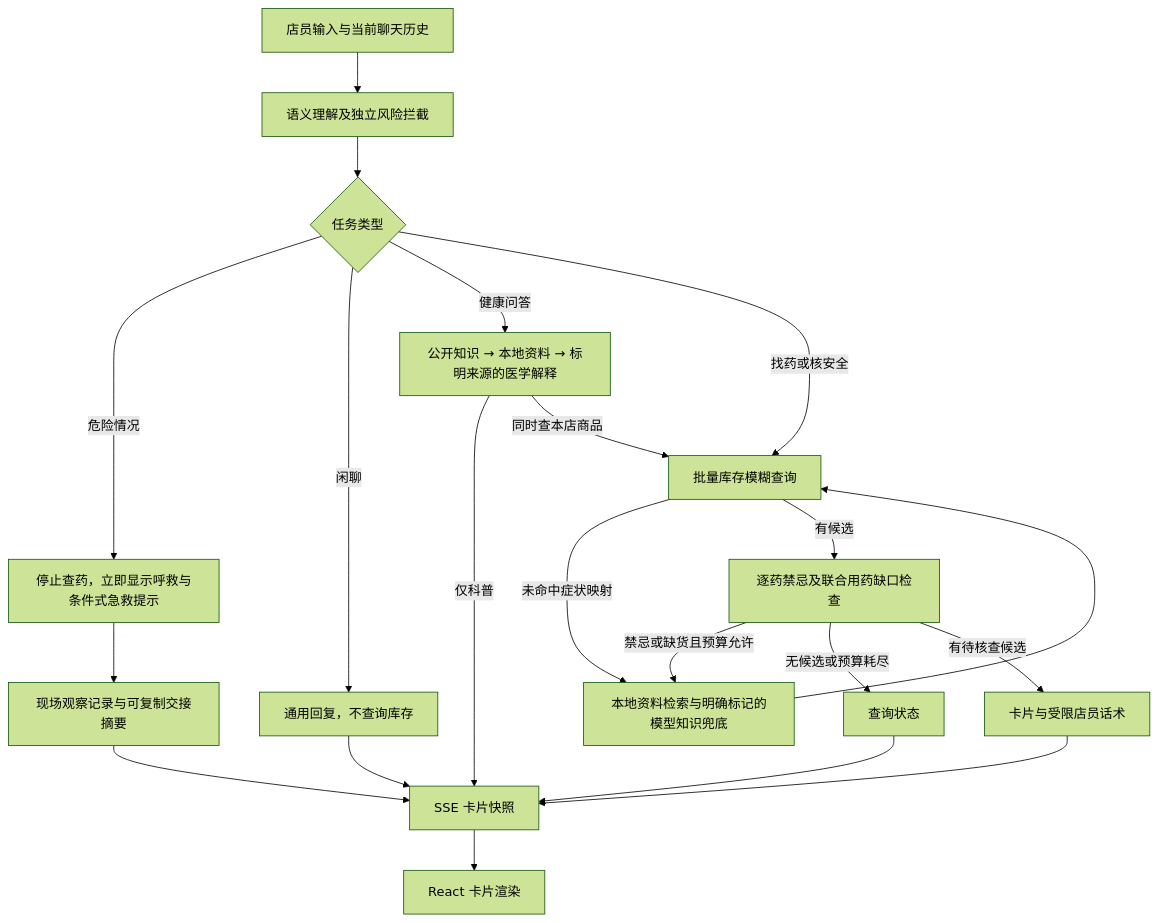
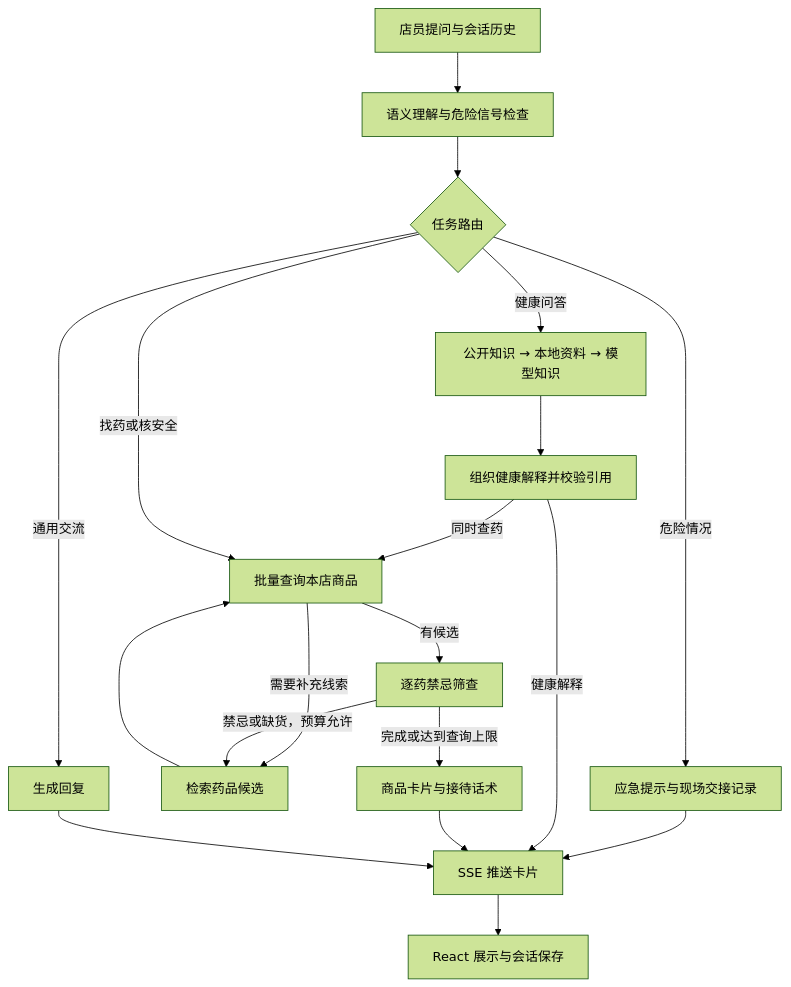
The diagram in README.md (Dengzi555/meditouch-agent), drawn with Mermaid (forest theme) before and after one commit. The commit also changed other lines of this file and 2 other files, not shown here.

````diff
--- a/README.md
+++ b/README.md
@@ -71,23 +64,21 @@
 ```mermaid
 flowchart TD
-    A[店员输入与当前聊天历史] --> B[语义理解及独立风险拦截]
-    B --> C{任务类型}
-    C -->|危险情况| D[停止查药，立即显示呼救与条件式急救提示]
-    C -->|闲聊| E[通用回复，不查询库存]
-    E --> K
-    C -->|健康问答| M[公开知识 → 本地资料 → 标明来源的医学解释]
-    M -->|仅科普| K[SSE 卡片快照]
-    M -->|同时查本店商品| F
-    C -->|找药或核安全| F[批量库存模糊查询]
-    F -->|未命中症状映射| G[本地资料检索与明确标记的模型知识兜底]
-    G --> F
-    F -->|有候选| H[逐药禁忌及联合用药缺口检查]
-    H -->|禁忌或缺货且预算允许| G
-    H -->|无候选或预算耗尽| I[查询状态]
-    H -->|有待核查候选| J[卡片与受限店员话术]
-    D --> N[现场观察记录与可复制交接摘要]
-    N --> K[SSE 卡片快照]
-    I --> K
-    J --> K
-    K --> L[React 卡片渲染]
+    A[店员提问与会话历史] --> B[语义理解与危险信号检查]
+    B --> C{任务路由}
+    C -->|危险情况| D[应急提示与现场交接记录]
+    C -->|健康问答| E[公开知识 → 本地资料 → 模型知识]
+    E --> F[组织健康解释并校验引用]
+    F -->|同时查药| G
+    C -->|找药或核安全| G[批量查询本店商品]
+    G -->|需要补充线索| H[检索药品候选]
+    H --> G
+    G -->|有候选| I[逐药禁忌筛查]
+    I -->|禁忌或缺货，预算允许| H
+    I -->|完成或达到查询上限| J[商品卡片与接待话术]
+    C -->|通用交流| K[生成回复]
+    D --> L[SSE 推送卡片]
+    F -->|健康解释| L
+    J --> L
+    K --> L
+    L --> M[React 展示与会话保存]
 ```
````
